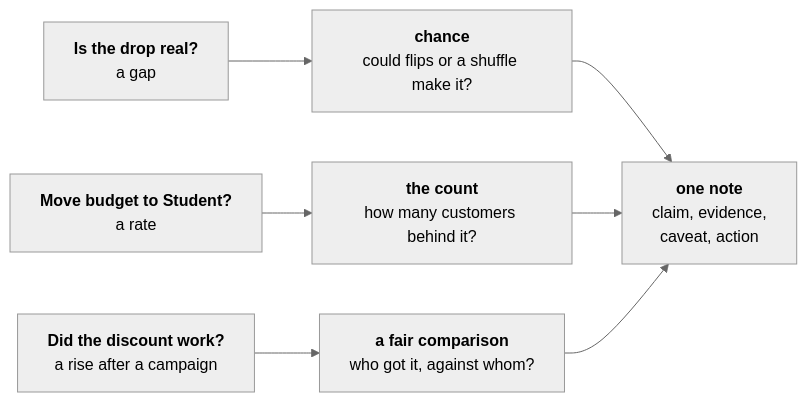
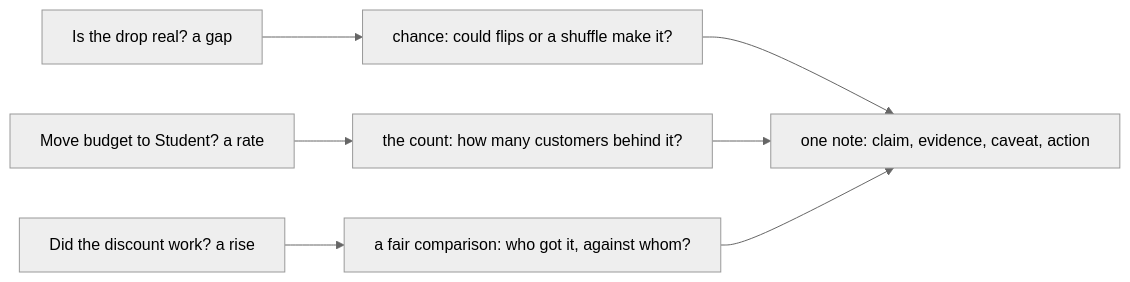
Before and after one commit to fde-academy-lab/c2-content-factory: the diagram in content/W01/D4/cheatsheets/C2_W01_D04_real_or_wobble_STUDENT.md, drawn with Mermaid (neutral theme). The commit also changed other lines of this file and 9 other files, not shown here.

````diff
--- a/content/W01/D4/cheatsheets/C2_W01_D04_real_or_wobble_STUDENT.md
+++ b/content/W01/D4/cheatsheets/C2_W01_D04_real_or_wobble_STUDENT.md
@@ -8,9 +8,10 @@
 ```mermaid
+%%{init: {"flowchart": {"wrappingWidth": 400}}}%%
 flowchart LR
-    Q1["<b>Is the drop real?</b><br/>a gap"] --> H1["<b>chance</b><br/>could flips or a shuffle make it?"]
-    Q2["<b>Move budget to Student?</b><br/>a rate"] --> H2["<b>the count</b><br/>how many customers behind it?"]
-    Q3["<b>Did the discount work?</b><br/>a rise after a campaign"] --> H3["<b>a fair comparison</b><br/>who got it, against whom?"]
-    H1 --> N["<b>one note</b><br/>claim, evidence,<br/>caveat, action"]
+    Q1["Is the drop real? a gap"] --> H1["chance: could flips or a shuffle make it?"]
+    Q2["Move budget to Student? a rate"] --> H2["the count: how many customers behind it?"]
+    Q3["Did the discount work? a rise"] --> H3["a fair comparison: who got it, against whom?"]
+    H1 --> N["one note: claim, evidence, caveat, action"]
     H2 --> N
     H3 --> N
 ```
````
